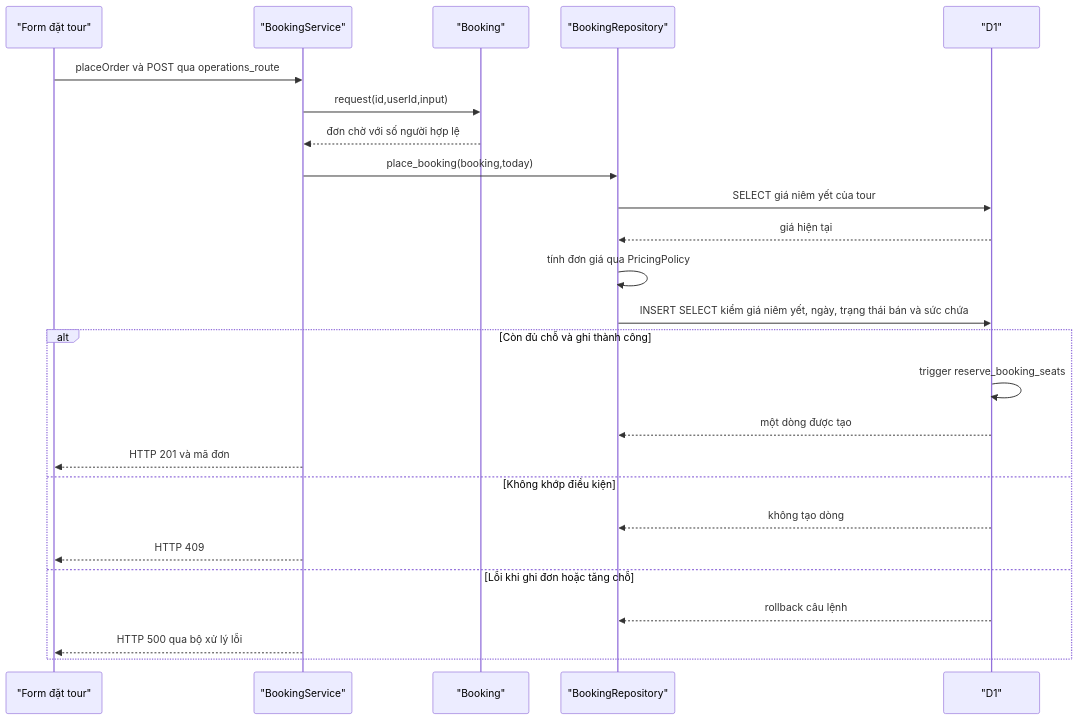
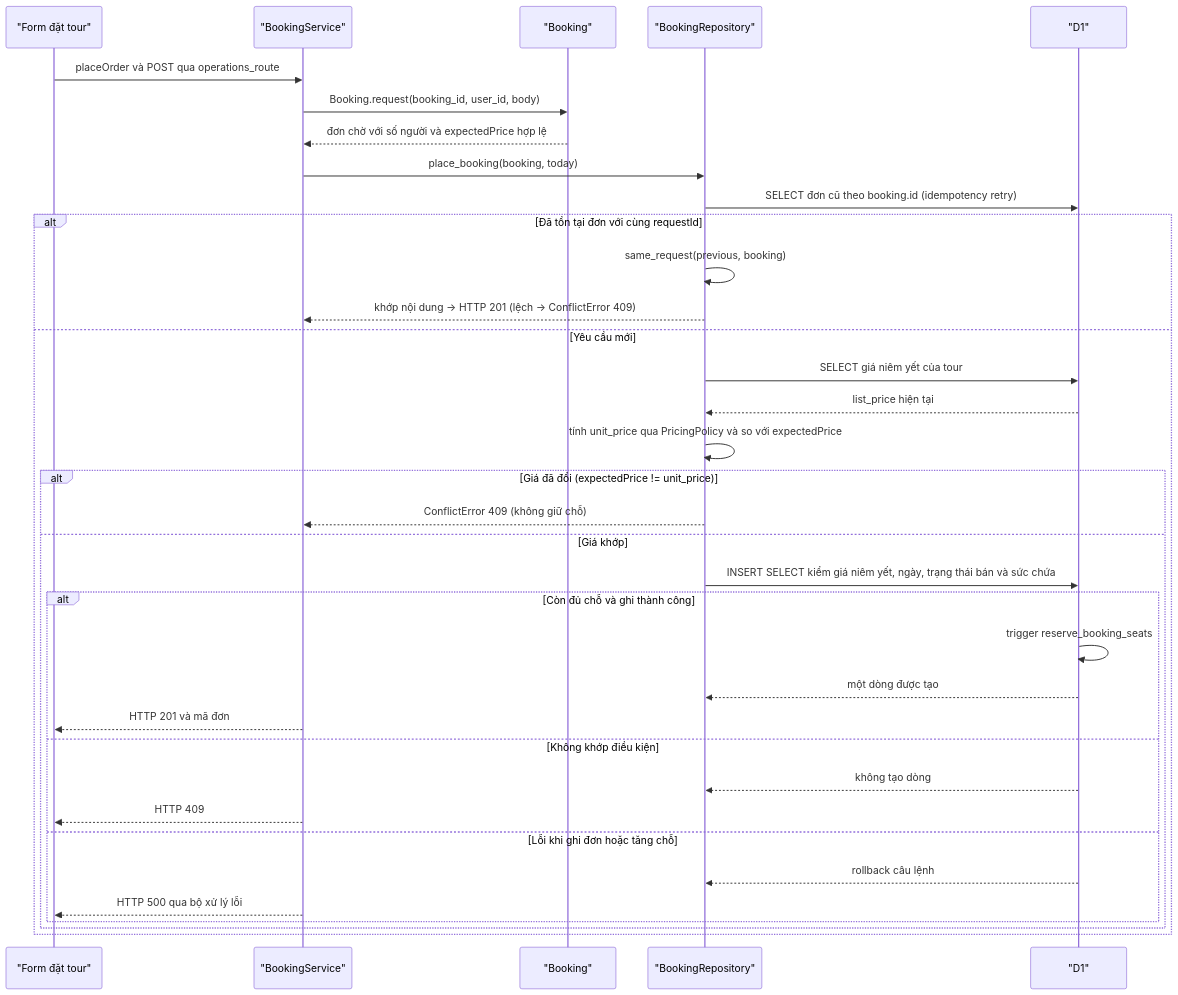
Before and after one commit to dqming1876/OOP_TourManager: the second of 3 diagrams in docs/checklist-4.2.md, drawn with Mermaid. The commit also changed 39 other files, not shown here.

````diff
--- a/docs/checklist-4.2.md
+++ b/docs/checklist-4.2.md
@@ -29,27 +29,37 @@
 ```mermaid
 sequenceDiagram
     participant F as "Form đặt tour"
     participant S as "BookingService"
     participant B as "Booking"
     participant R as "BookingRepository"
     participant DB as "D1"
     F->>S: placeOrder và POST qua operations_route
-    S->>B: request(id,userId,input)
-    B-->>S: đơn chờ với số người hợp lệ
-    S->>R: place_booking(booking,today)
-    R->>DB: SELECT giá niêm yết của tour
-    DB-->>R: giá hiện tại
-    R->>R: tính đơn giá qua PricingPolicy
-    R->>DB: INSERT SELECT kiểm giá niêm yết, ngày, trạng thái bán và sức chứa
-    alt Còn đủ chỗ và ghi thành công
-        DB->>DB: trigger reserve_booking_seats
-        DB-->>R: một dòng được tạo
-        S-->>F: HTTP 201 và mã đơn
-    else Không khớp điều kiện
-        DB-->>R: không tạo dòng
-        S-->>F: HTTP 409
-    else Lỗi khi ghi đơn hoặc tăng chỗ
-        DB-->>R: rollback câu lệnh
-        S-->>F: HTTP 500 qua bộ xử lý lỗi
+    S->>B: Booking.request(booking_id, user_id, body)
+    B-->>S: đơn chờ với số người và expectedPrice hợp lệ
+    S->>R: place_booking(booking, today)
+    R->>DB: SELECT đơn cũ theo booking.id (idempotency retry)
+    alt Đã tồn tại đơn với cùng requestId
+        R->>R: same_request(previous, booking)
+        R-->>S: khớp nội dung → HTTP 201 (lệch → ConflictError 409)
+    else Yêu cầu mới
+        R->>DB: SELECT giá niêm yết của tour
+        DB-->>R: list_price hiện tại
+        R->>R: tính unit_price qua PricingPolicy và so với expectedPrice
+        alt Giá đã đổi (expectedPrice != unit_price)
+            R-->>S: ConflictError 409 (không giữ chỗ)
+        else Giá khớp
+            R->>DB: INSERT SELECT kiểm giá niêm yết, ngày, trạng thái bán và sức chứa
+            alt Còn đủ chỗ và ghi thành công
+                DB->>DB: trigger reserve_booking_seats
+                DB-->>R: một dòng được tạo
+                S-->>F: HTTP 201 và mã đơn
+            else Không khớp điều kiện
+                DB-->>R: không tạo dòng
+                S-->>F: HTTP 409
+            else Lỗi khi ghi đơn hoặc tăng chỗ
+                DB-->>R: rollback câu lệnh
+                S-->>F: HTTP 500 qua bộ xử lý lỗi
+            end
+        end
     end
 ```
````
